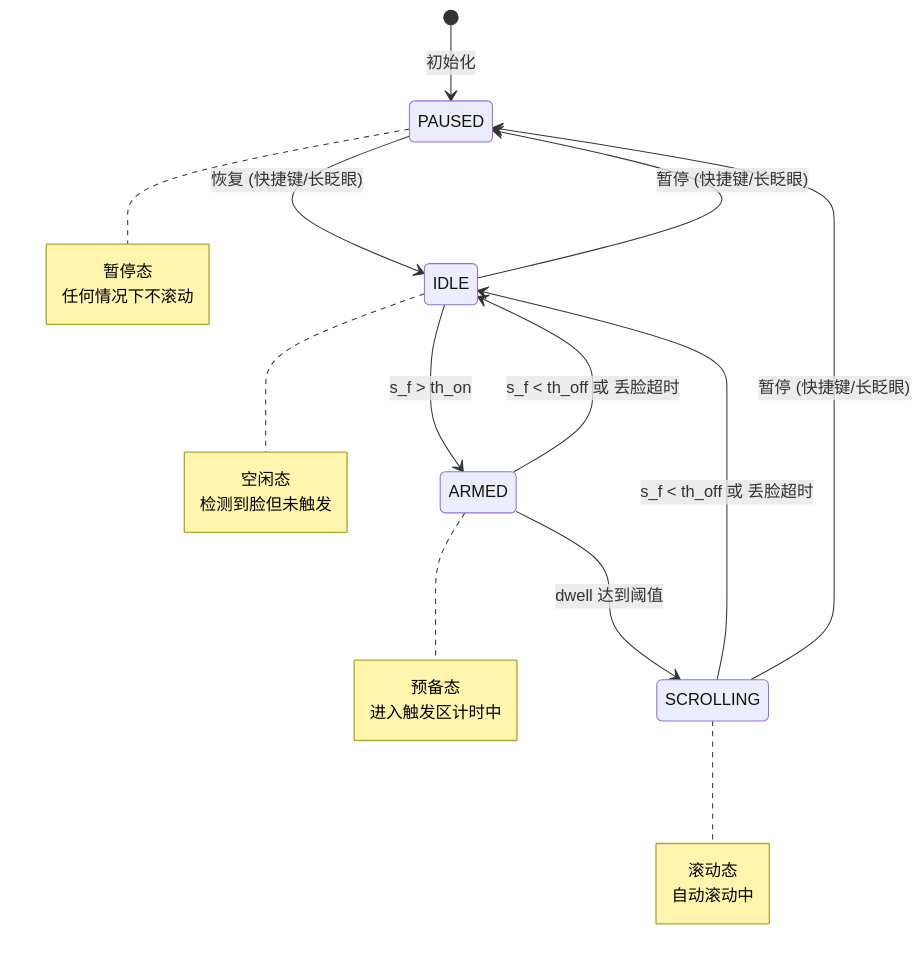
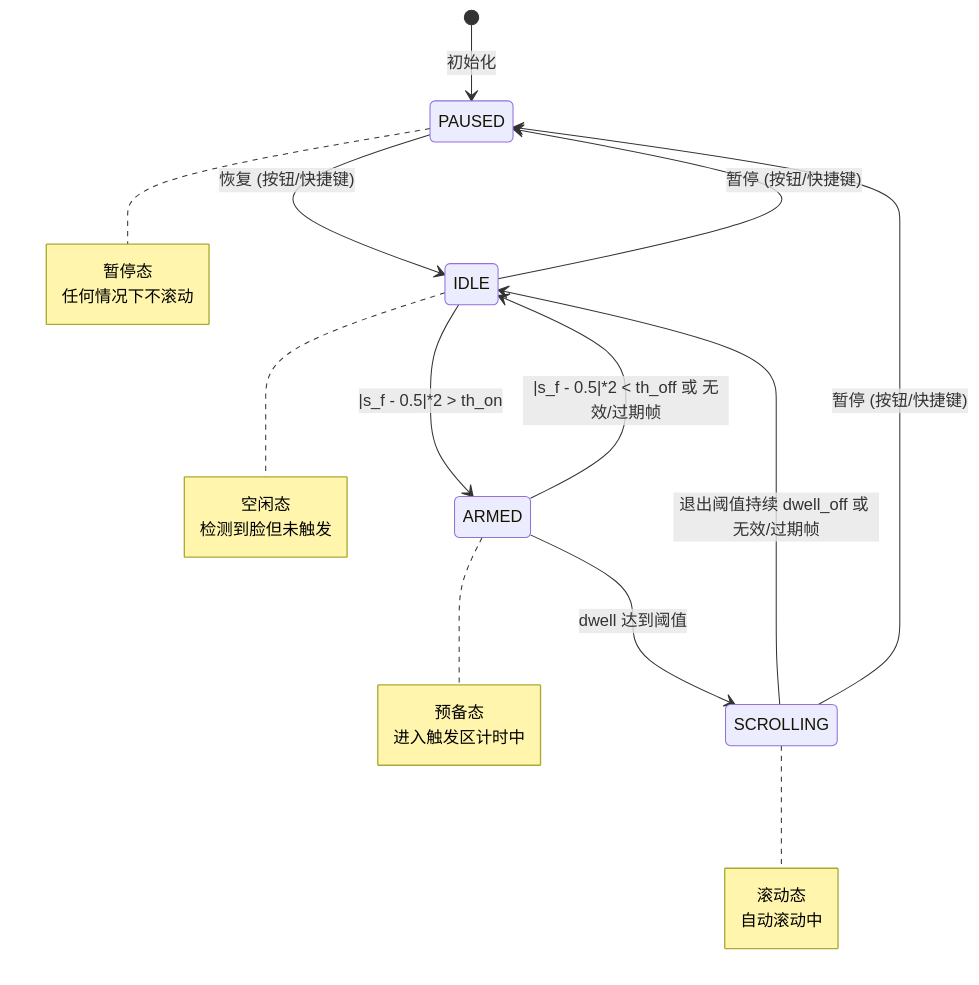
Before and after one commit to Aiyanye123/HeadScroll: the fourth of 6 diagrams in 架构文档.md, drawn with Mermaid. The commit also changed other lines of this file and 23 other files, not shown here.

````diff
--- a/架构文档.md
+++ b/架构文档.md
@@ -273,19 +292,19 @@
 ```mermaid
 stateDiagram-v2
     [*] --> PAUSED: 初始化
     
-    PAUSED --> IDLE: 恢复 (快捷键/长眨眼)
-    IDLE --> PAUSED: 暂停 (快捷键/长眨眼)
+    PAUSED --> IDLE: 恢复 (按钮/快捷键)
+    IDLE --> PAUSED: 暂停 (按钮/快捷键)
     
-    IDLE --> ARMED: s_f > th_on
-    ARMED --> IDLE: s_f < th_off 或 丢脸超时
+    IDLE --> ARMED: |s_f - 0.5|*2 > th_on
+    ARMED --> IDLE: |s_f - 0.5|*2 < th_off 或 无效/过期帧
     ARMED --> SCROLLING: dwell 达到阈值
     
-    SCROLLING --> IDLE: s_f < th_off 或 丢脸超时
-    SCROLLING --> PAUSED: 暂停 (快捷键/长眨眼)
+    SCROLLING --> IDLE: 退出阈值持续 dwell_off 或 无效/过期帧
+    SCROLLING --> PAUSED: 暂停 (按钮/快捷键)
     
     note right of PAUSED: 暂停态<br/>任何情况下不滚动
     note right of IDLE: 空闲态<br/>检测到脸但未触发
     note right of ARMED: 预备态<br/>进入触发区计时中
     note right of SCROLLING: 滚动态<br/>自动滚动中
 ```
````
